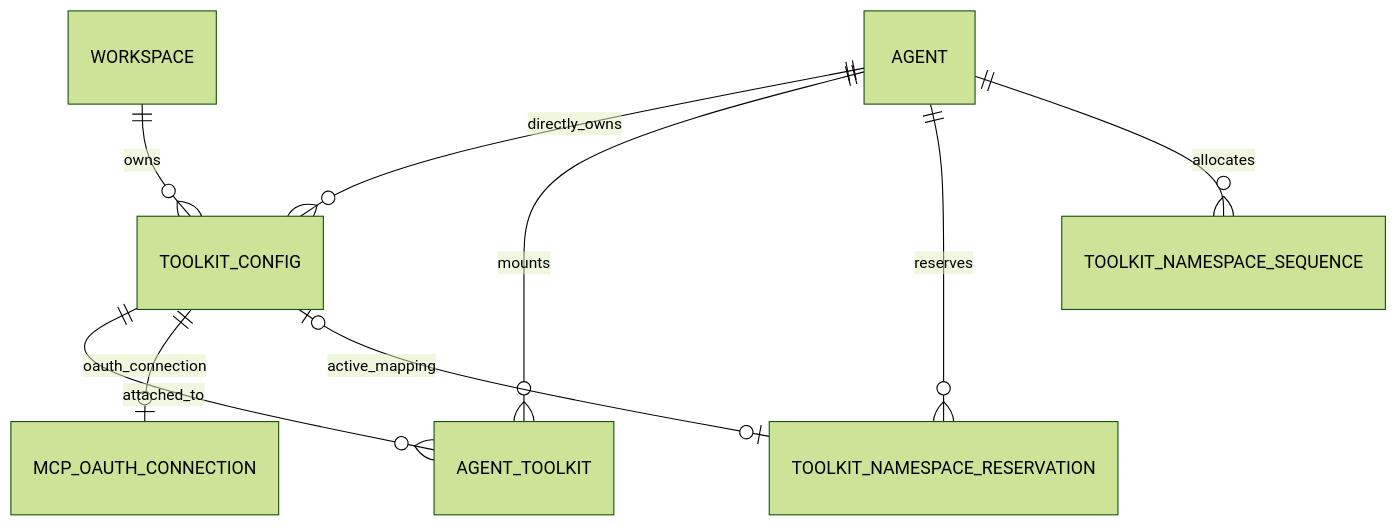
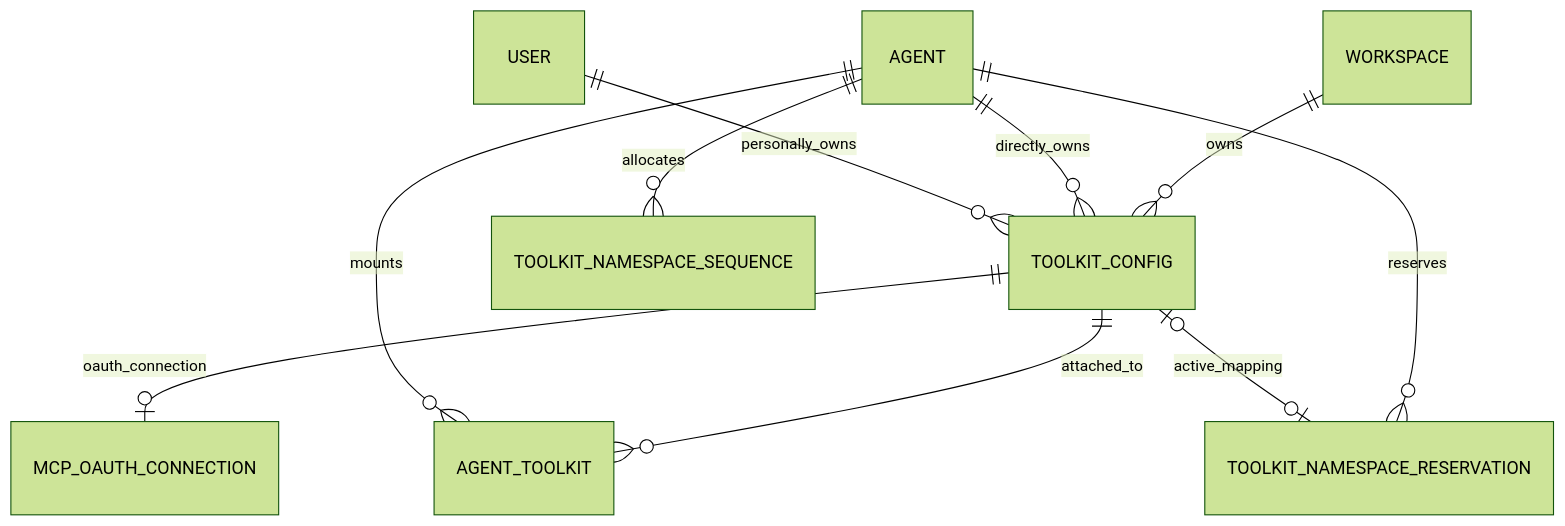
Before and after one commit to azents/azents: the first of 4 diagrams in docs/azents/spec/domain/toolkit.md, drawn with Mermaid (forest theme). The commit also changed other lines of this file and 131 other files, not shown here.

````diff
--- a/docs/azents/spec/domain/toolkit.md
+++ b/docs/azents/spec/domain/toolkit.md
@@ -272,11 +320,12 @@
 ```mermaid
 erDiagram
     WORKSPACE ||--o{ TOOLKIT_CONFIG : owns
     AGENT ||--o{ TOOLKIT_CONFIG : directly_owns
+    USER ||--o{ TOOLKIT_CONFIG : personally_owns
     TOOLKIT_CONFIG ||--o{ AGENT_TOOLKIT : attached_to
     TOOLKIT_CONFIG ||--o| MCP_OAUTH_CONNECTION : oauth_connection
     AGENT ||--o{ AGENT_TOOLKIT : mounts
     AGENT ||--o{ TOOLKIT_NAMESPACE_RESERVATION : reserves
     AGENT ||--o{ TOOLKIT_NAMESPACE_SEQUENCE : allocates
     TOOLKIT_CONFIG o|--o| TOOLKIT_NAMESPACE_RESERVATION : active_mapping
 ```
````
